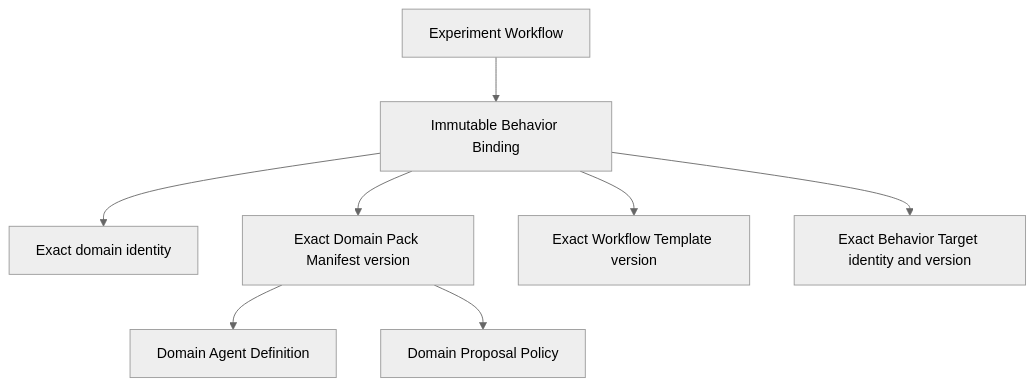
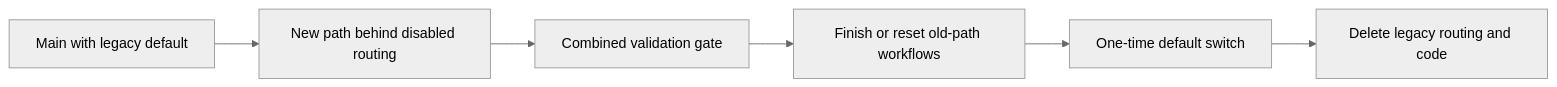
The fifth of 6 diagrams in docs/architecture/agent-service-l3-redesign.md (c12-ai/BIC-meta), drawn with Mermaid (neutral theme) before and after one commit. The commit also changed other lines of this file and 20 other files, not shown here.

Commit message:
docs(architecture): apply PR 327 review rulings

````diff
--- a/docs/architecture/agent-service-l3-redesign.md
+++ b/docs/architecture/agent-service-l3-redesign.md
@@ -286,19 +300,11 @@
 ```mermaid
-flowchart TB
-    W[Experiment Workflow]
-    B[Immutable Behavior Binding]
-    D[Exact domain identity]
-    M[Exact Domain Pack Manifest version]
-    T[Exact Workflow Template version]
-    BT[Exact Behavior Target identity and version]
-    A[Domain Agent Definition]
-    P[Domain Proposal Policy]
+flowchart LR
+    M[Main with legacy default]
+    N[New path behind disabled routing]
+    G[Combined validation gate]
+    Q[Finish or reset old-path workflows]
+    C[One-time default switch]
+    D[Delete legacy routing and code]
 
-    W --> B
-    B --> D
-    B --> M
-    B --> T
-    B --> BT
-    M --> A
-    M --> P
+    M --> N --> G --> Q --> C --> D
 ```
````
